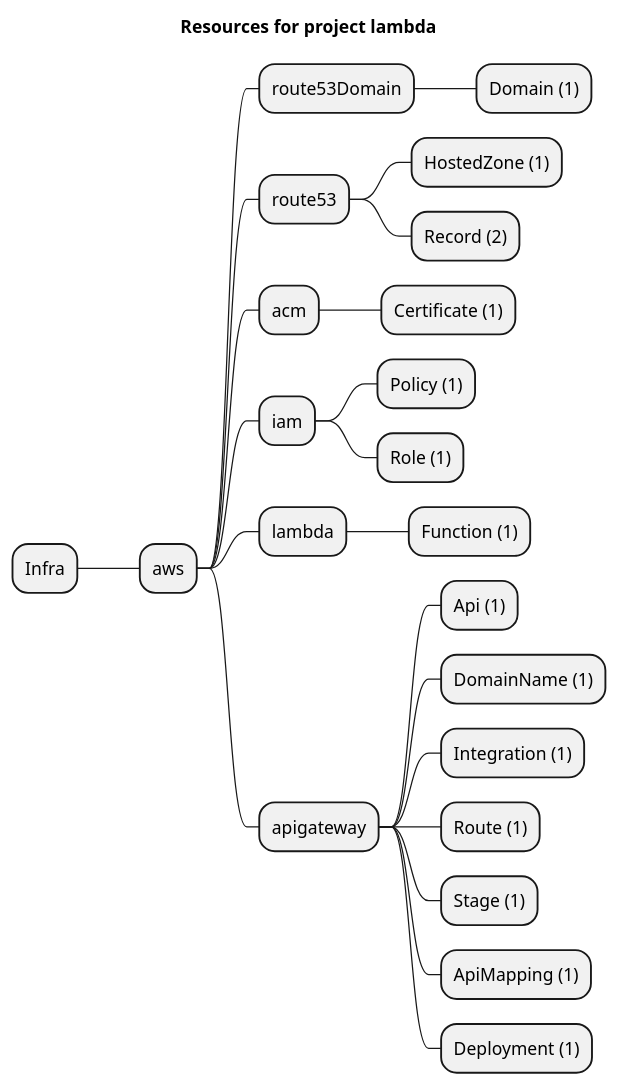
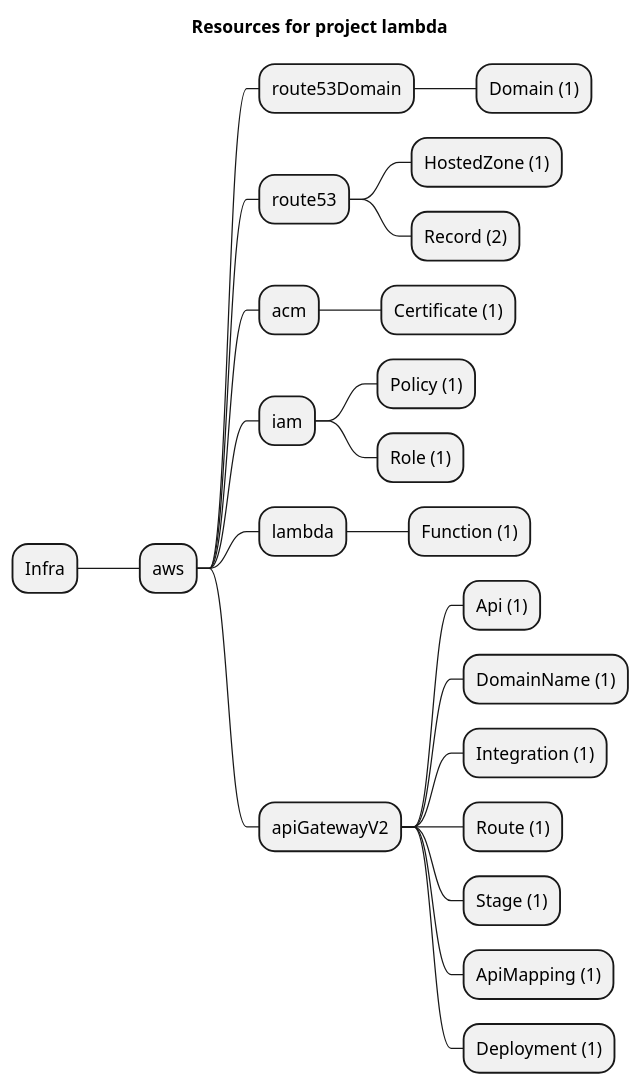
One commit to grucloud/grucloud changed the diagram in examples/aws/api-gateway/lambda/artifacts/resources-mindmap.puml. Above: the diagram before and after it, drawn with PlantUML. The commit also changed 26 other files, not shown here.

Commit message:
rename to ApiGatewayV2

```diff
--- a/examples/aws/api-gateway/lambda/artifacts/resources-mindmap.puml
+++ b/examples/aws/api-gateway/lambda/artifacts/resources-mindmap.puml
@@ -1,26 +1,26 @@
 @startmindmap
 title Resources for project lambda
 skinparam monochrome true
 + Infra
 ++ aws
 +++ route53Domain
 ++++ Domain (1)
 +++ route53
 ++++ HostedZone (1)
 ++++ Record (2)
 +++ acm
 ++++ Certificate (1)
 +++ iam
 ++++ Policy (1)
 ++++ Role (1)
 +++ lambda
 ++++ Function (1)
-+++ apigateway
++++ apiGatewayV2
 ++++ Api (1)
 ++++ DomainName (1)
 ++++ Integration (1)
 ++++ Route (1)
 ++++ Stage (1)
 ++++ ApiMapping (1)
 ++++ Deployment (1)
 @endmindmap
```
